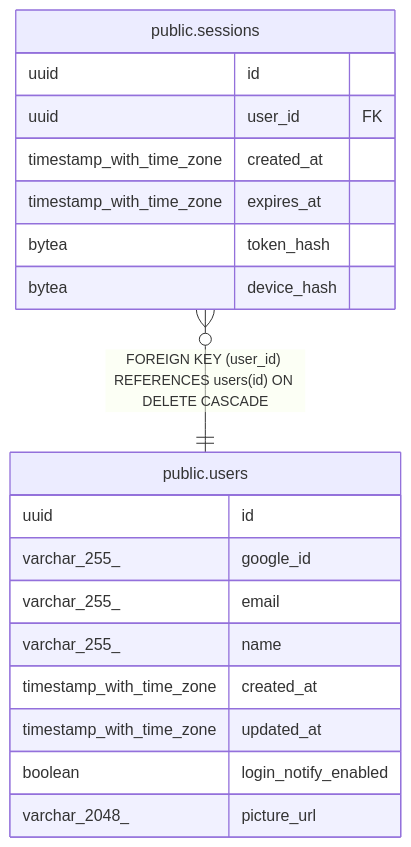
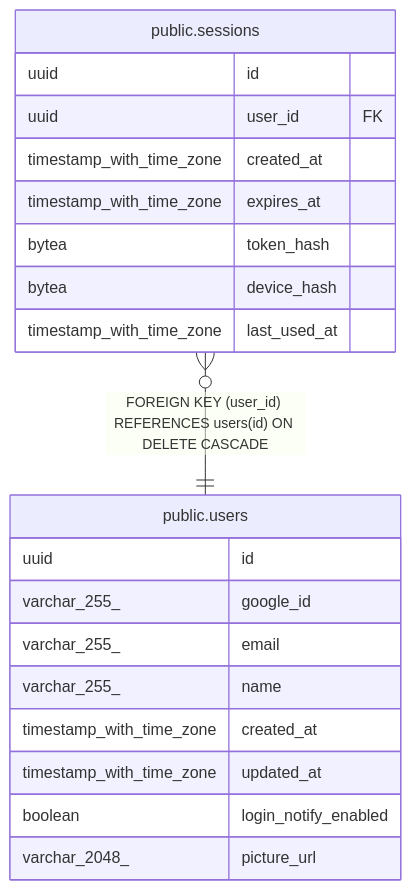
The diagram in docs/db/public.sessions.md (zaichu/shoken-webapp), drawn with Mermaid before and after one commit. The commit also changed other lines of this file and 14 other files, not shown here.

````diff
--- a/docs/db/public.sessions.md
+++ b/docs/db/public.sessions.md
@@ -37,24 +38,25 @@
 ```mermaid
 erDiagram
 
 "public.sessions" }o--|| "public.users" : "FOREIGN KEY (user_id) REFERENCES users(id) ON DELETE CASCADE"
 
 "public.sessions" {
   uuid id
   uuid user_id FK
   timestamp_with_time_zone created_at
   timestamp_with_time_zone expires_at
   bytea token_hash
   bytea device_hash
+  timestamp_with_time_zone last_used_at
 }
 "public.users" {
   uuid id
   varchar_255_ google_id
   varchar_255_ email
   varchar_255_ name
   timestamp_with_time_zone created_at
   timestamp_with_time_zone updated_at
   boolean login_notify_enabled
   varchar_2048_ picture_url
 }
 ```
````
